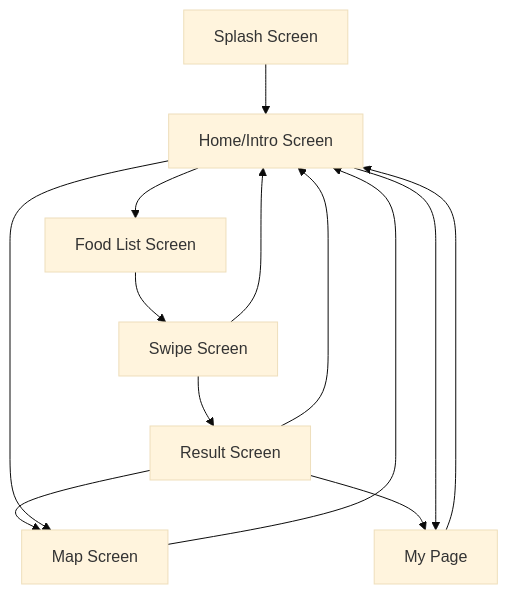
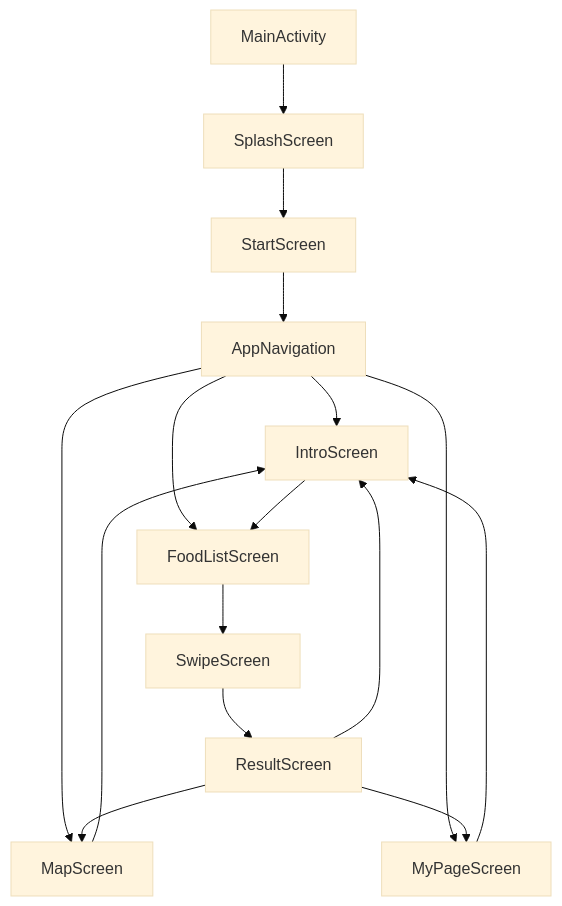
Before and after one commit to gun9212/2025Winter_1st: the diagram in 2025Winter_1st-main/README.md, drawn with Mermaid (base theme). The commit also changed other lines of this file, not shown here.

````diff
--- a/2025Winter_1st-main/README.md
+++ b/2025Winter_1st-main/README.md
@@ -172,15 +184,18 @@
 ```mermaid
 graph TD
-    Start[Splash Screen] --> Home[Home/Intro Screen]
-    Home --> List[Food List Screen]
-    List --> Swipe[Swipe Screen]
-    Swipe --> Result[Result Screen]
-    Result --> Map[Map Screen]
-    Result --> MyPage[My Page]
+    Start[MainActivity] --> Splash[SplashScreen]
+    Splash --> StartScreen[StartScreen]
+    StartScreen --> Nav[AppNavigation]
+    Nav --> Home[IntroScreen]
+    Nav --> List[FoodListScreen]
+    Nav --> Map[MapScreen]
+    Nav --> MyPage[MyPageScreen]
+    Home --> List
+    List --> Swipe[SwipeScreen]
+    Swipe --> Result[ResultScreen]
+    Result --> Map
+    Result --> MyPage
     Result --> Home
-    Home --> MyPage
-    Home --> Map
-    Swipe --> Home
     Map --> Home
     MyPage --> Home
 ```
````
